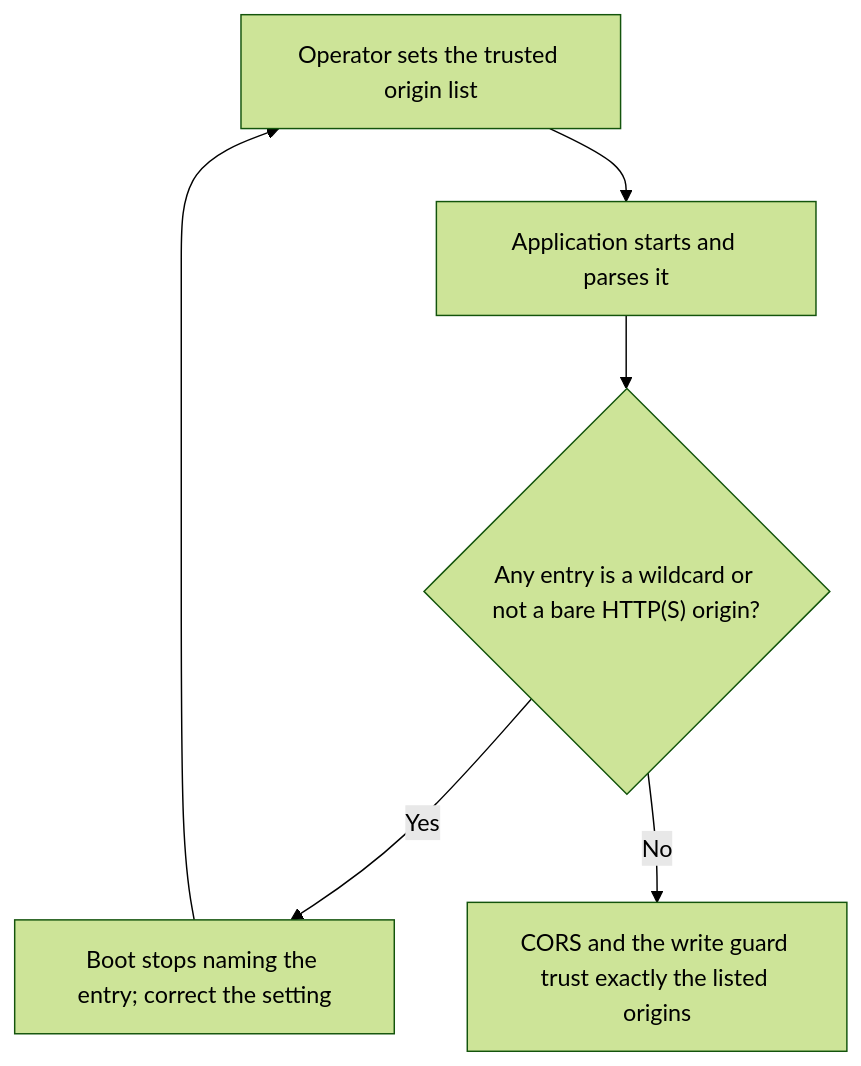
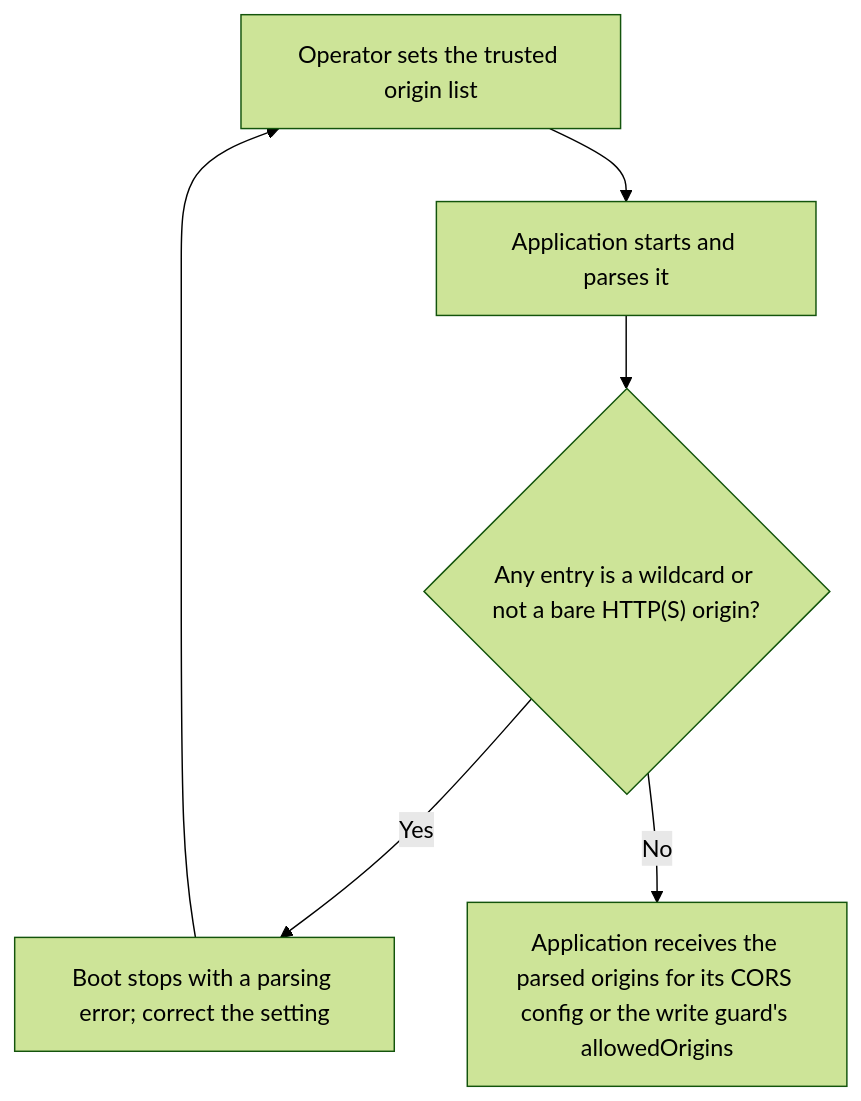
One commit to Kevinjohn/oss-adonisjs-origin-guard changed the first of 2 diagrams in user-stories/US-ORIGIN-03-parse-trusted-origins.md. Above: the diagram before and after it, drawn with Mermaid (forest theme). The commit also changed other lines of this file and 4 other files, not shown here.

````diff
--- a/user-stories/US-ORIGIN-03-parse-trusted-origins.md
+++ b/user-stories/US-ORIGIN-03-parse-trusted-origins.md
@@ -24,8 +24,8 @@
 ```mermaid
 flowchart TD
     A["Operator sets the trusted origin list"] --> B["Application starts and parses it"]
     B --> C{"Any entry is a wildcard or not a bare HTTP(S) origin?"}
-    C -->|Yes| D["Boot stops naming the entry; correct the setting"]
+    C -->|Yes| D["Boot stops with a parsing error; correct the setting"]
     D --> A
-    C -->|No| E["CORS and the write guard trust exactly the listed origins"]
+    C -->|No| E["Application receives the parsed origins for its CORS config or the write guard's allowedOrigins"]
 ```
````
